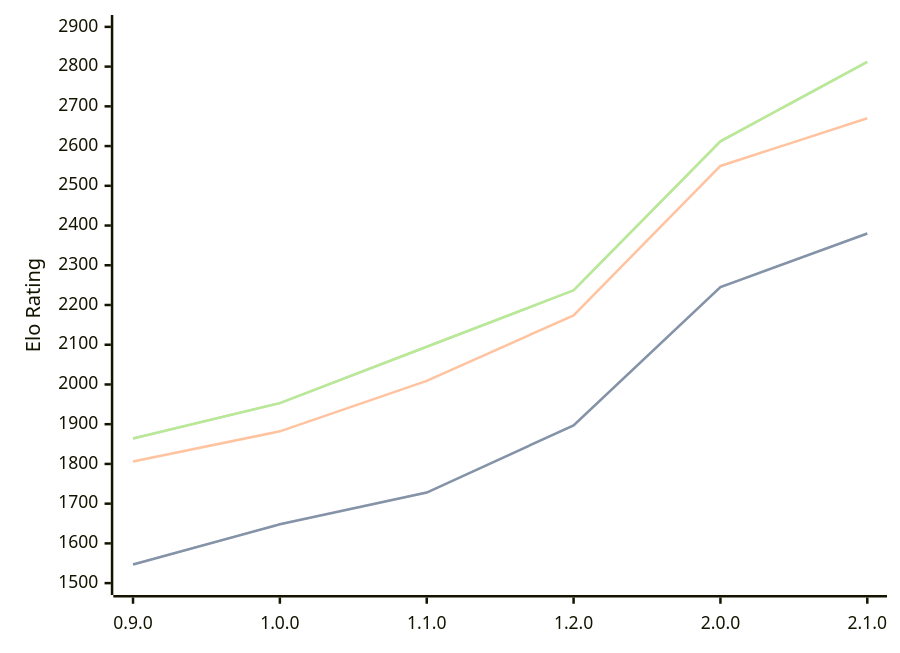
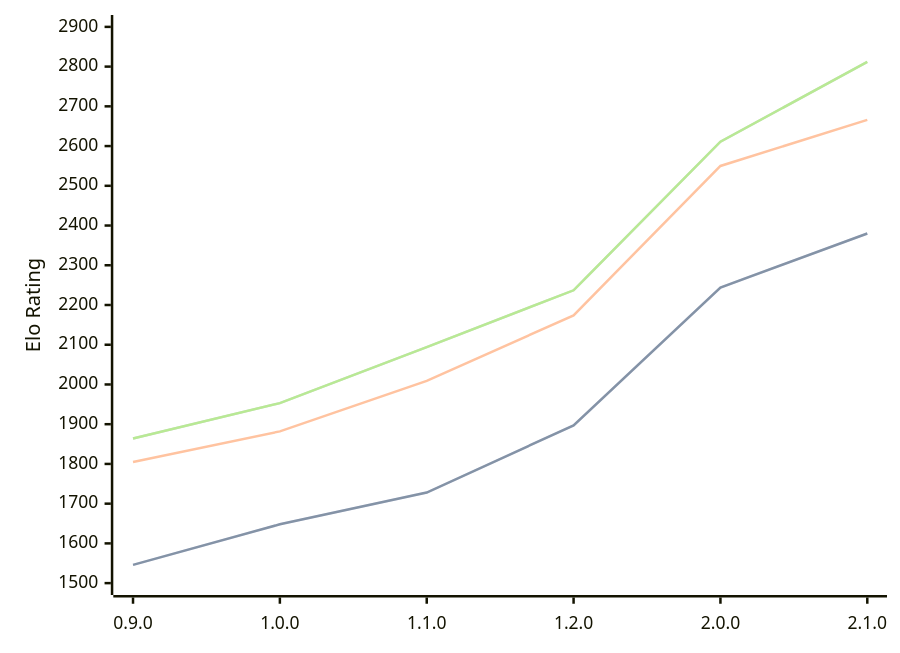
One commit to computer-chess-index/cci changed the diagram in engines/Ratsu.md. Above: the diagram before and after it, drawn with Mermaid. The commit also changed other lines of this file, not shown here.

Commit message:
Update CCI Ratings (ELO VLTC) - 2026-09-11

````diff
--- a/engines/Ratsu.md
+++ b/engines/Ratsu.md
@@ -36,11 +36,11 @@
 ```mermaid
 %%{init: {"theme":"base","themeVariables":{"seriesColors:['#a3a3a3','#222221','#faa371']}}}%%
 xychart-beta
   x-axis ["0.9.0", "1.0.0", "1.1.0", "1.2.0", "2.0.0", "2.1.0"]
   y-axis "Elo Rating" 1500 --> 2900
-  line "" [1547, 1648, 1728, 1897, 2245, 2380]
-  line "STC (8.0+0.08s)" [1547, 1648, 1728, 1897, 2245, 2380]
-  line "LTC (60.0+0.60s)" [1806, 1882, 2009, 2174, 2550, 2670]
-  line "" [1864, 1953, 2095, 2237, 2612, 2812]
-  line "VLTC (2m24s+1.12s)" [1864, 1953, 2095, 2237, 2612, 2812]
+  line "" [1546, 1648, 1728, 1897, 2244, 2380]
+  line "STC (8.0+0.08s)" [1546, 1648, 1728, 1897, 2244, 2380]
+  line "LTC (60.0+0.60s)" [1805, 1882, 2009, 2174, 2550, 2666]
+  line "" [1864, 1953, 2094, 2237, 2611, 2812]
+  line "VLTC (2m24s+1.12s)" [1864, 1953, 2094, 2237, 2611, 2812]
 ```
````
